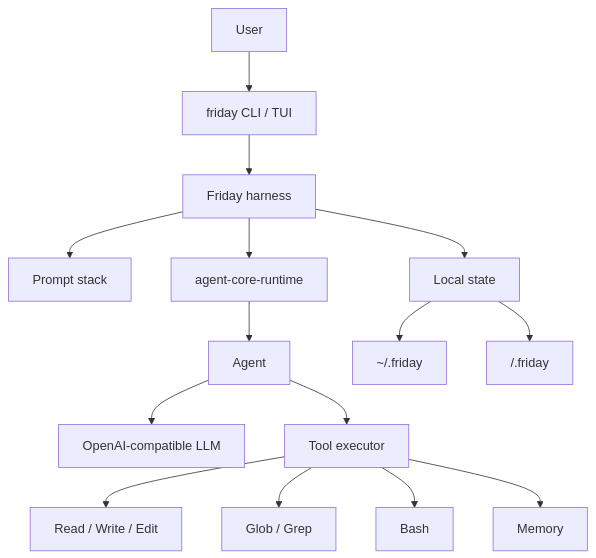
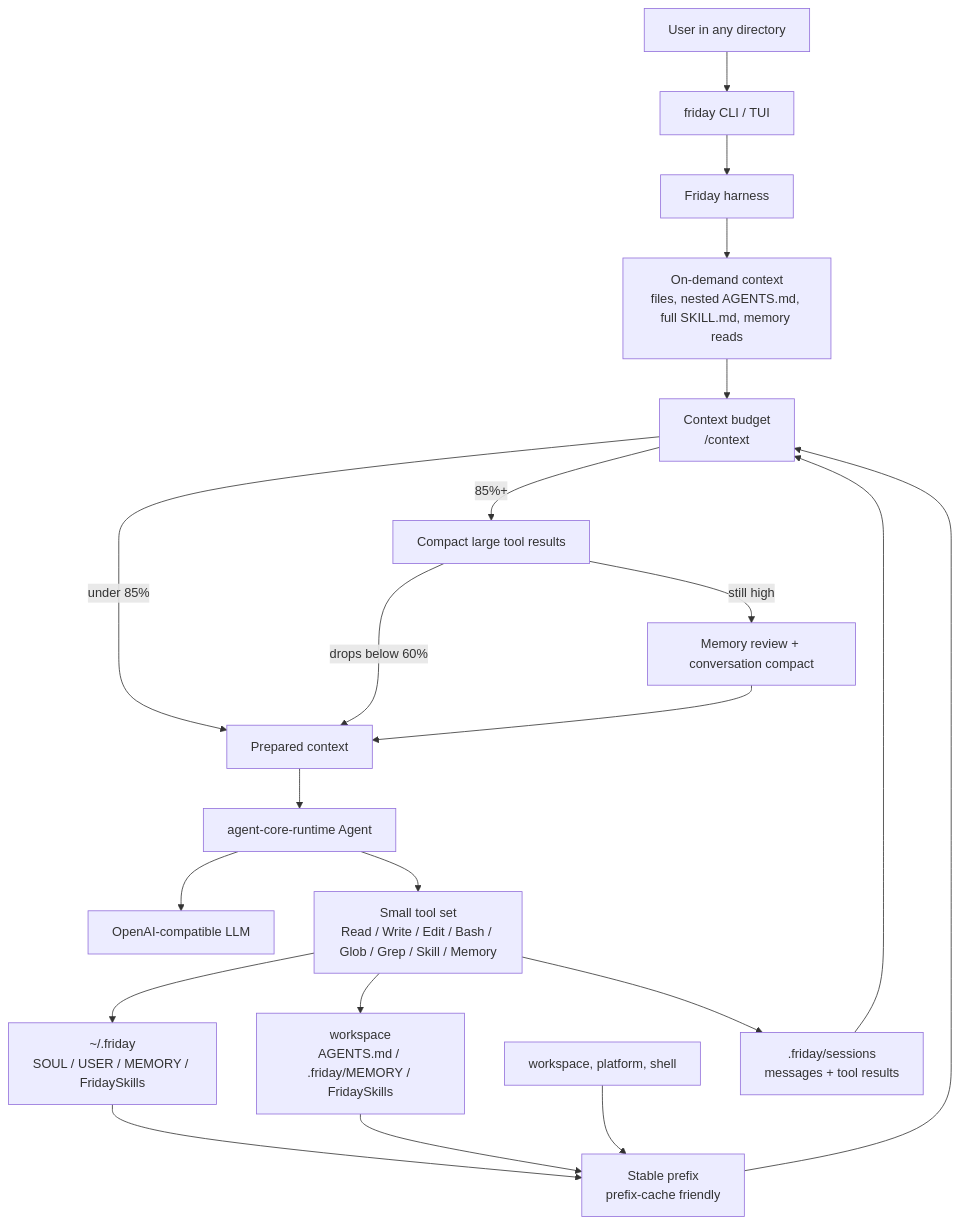
Before and after one commit to Lancetwang/friday: the diagram in README.md, drawn with Mermaid. The commit also changed 1 other file, not shown here.

Commit message:
Redraw README architecture diagram

````diff
--- a/README.md
+++ b/README.md
@@ -28,17 +28,27 @@
 ```mermaid
 flowchart TD
-    User["User"] --> CLI["friday CLI / TUI"]
+    User["User in any directory"] --> CLI["friday CLI / TUI"]
     CLI --> Harness["Friday harness"]
-    Harness --> Prompt["Prompt stack"]
-    Harness --> State["Local state"]
-    Harness --> Runtime["agent-core-runtime"]
-    Runtime --> Agent["Agent"]
-    Agent --> LLM["OpenAI-compatible LLM"]
-    Agent --> Tools["Tool executor"]
-    Tools --> Files["Read / Write / Edit"]
-    Tools --> Search["Glob / Grep"]
-    Tools --> Shell["Bash"]
-    Tools --> Memory["Memory"]
-    State --> Home["~/.friday"]
-    State --> Project["<workspace>/.friday"]
+
+    Home["~/.friday<br/>SOUL / USER / MEMORY / FridaySkills"] --> Prefix["Stable prefix<br/>prefix-cache friendly"]
+    Project["workspace<br/>AGENTS.md / .friday/MEMORY / FridaySkills"] --> Prefix
+    Env["workspace, platform, shell"] --> Prefix
+    Prefix --> Budget["Context budget<br/>/context"]
+
+    Harness --> Routed["On-demand context<br/>files, nested AGENTS.md, full SKILL.md, memory reads"]
+    Routed --> Budget
+    Session[".friday/sessions<br/>messages + tool results"] --> Budget
+
+    Budget -->|"under 85%"| Ready["Prepared context"]
+    Budget -->|"85%+"| ToolCompact["Compact large tool results"]
+    ToolCompact -->|"drops below 60%"| Ready
+    ToolCompact -->|"still high"| LLMCompact["Memory review + conversation compact"]
+    LLMCompact --> Ready
+
+    Ready --> Runtime["agent-core-runtime Agent"]
+    Runtime --> LLM["OpenAI-compatible LLM"]
+    Runtime --> Tools["Small tool set<br/>Read / Write / Edit / Bash / Glob / Grep / Skill / Memory"]
+    Tools --> Session
+    Tools --> Home
+    Tools --> Project
 ```
````
